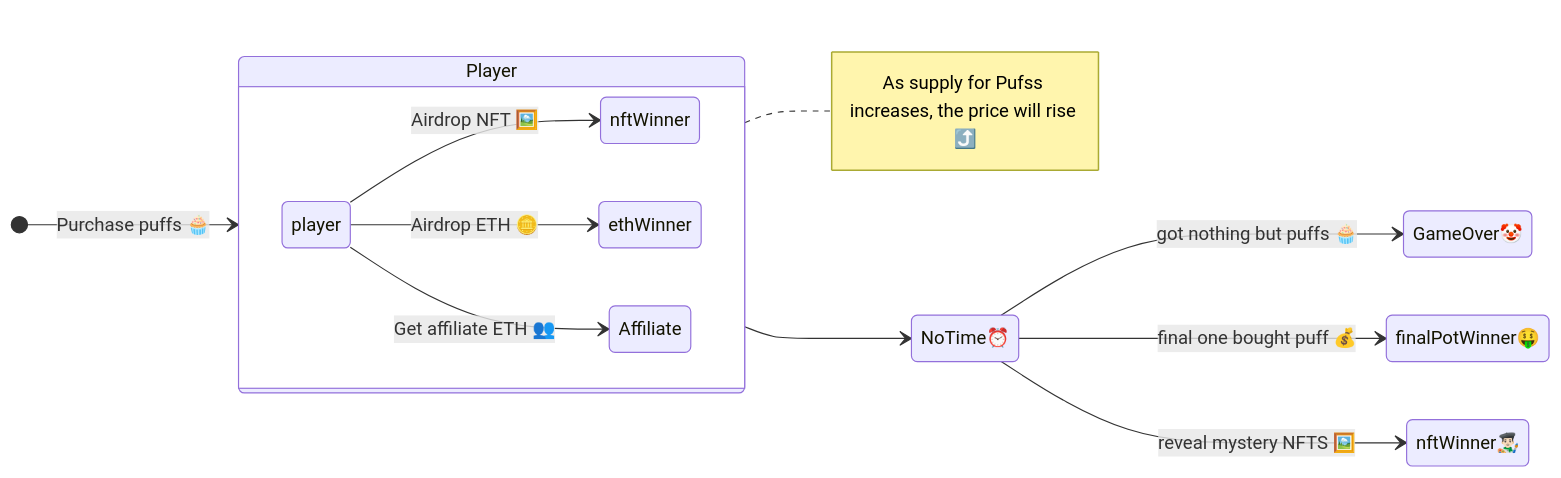
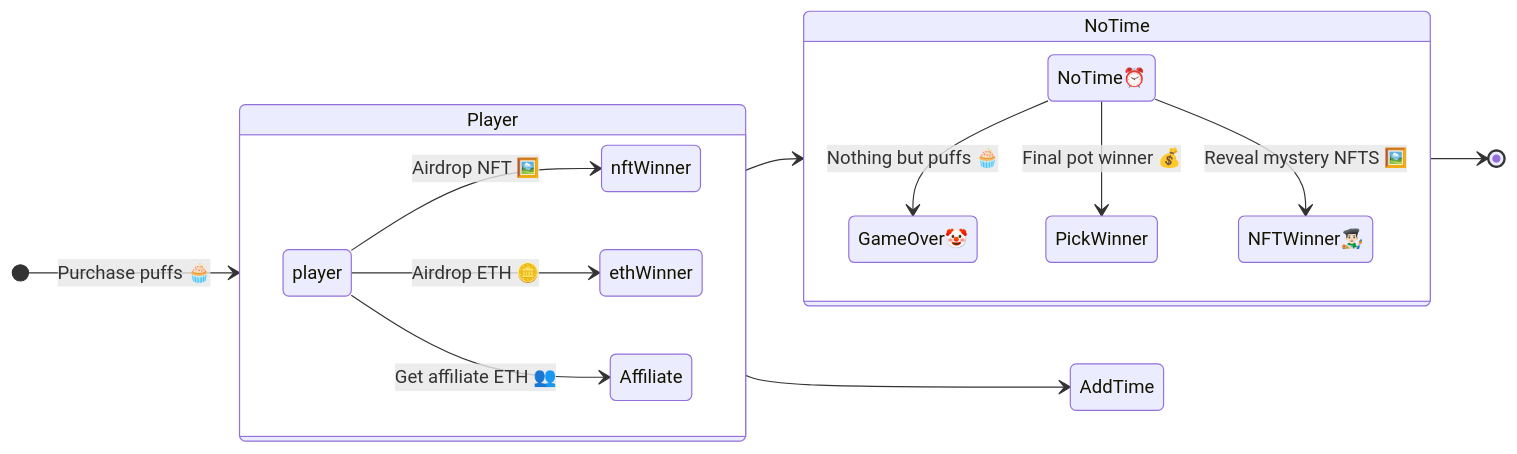
The first of 3 diagrams in README.md (kryan19k/FoMoXD), drawn with Mermaid before and after one commit. The commit also changed other lines of this file and 7 other files, not shown here.

````diff
--- a/README.md
+++ b/README.md
@@ -54,18 +55,20 @@
 ```mermaid
 stateDiagram
     direction LR
     [*] --> Player: Purchase puffs 🧁
-    note right of Player
-       As supply for Pufss increases, the price will rise ⤴️
-    end note
     state Player {
       direction LR
       player --> nftWinner: Airdrop NFT 🖼️
       player --> ethWinner: Airdrop ETH 🪙
       player --> Affiliate: Get affiliate ETH 👥
     }
-    Player --> NoTime⏰ 
-    NoTime⏰  --> GameOver🤡 : got nothing but puffs 🧁
-    NoTime⏰  --> finalPotWinner🤑: final one bought puff 💰
-    NoTime⏰  --> nftWinner👨🏻‍🎨: reveal mystery NFTS 🖼️
+    Player --> NoTime
+    Player --> AddTime
+    state NoTime{
+      NoTime⏰  --> GameOver🤡: Nothing but puffs 🧁
+      NoTime⏰  --> PickWinner: Final pot winner 💰
+      NoTime⏰  --> NFTWinner👨🏻‍🎨: Reveal mystery NFTS 🖼️
+    }
+    AddTime
+    NoTime --> [*]
 ```
````
